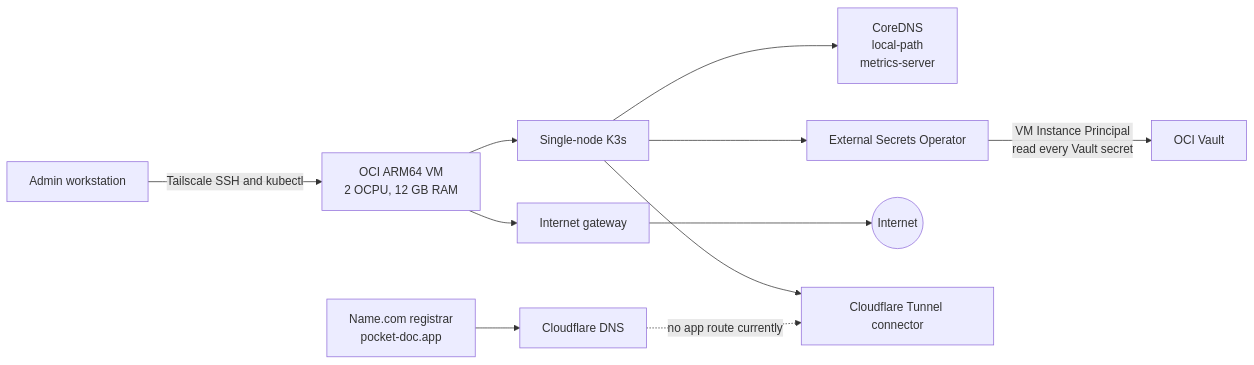
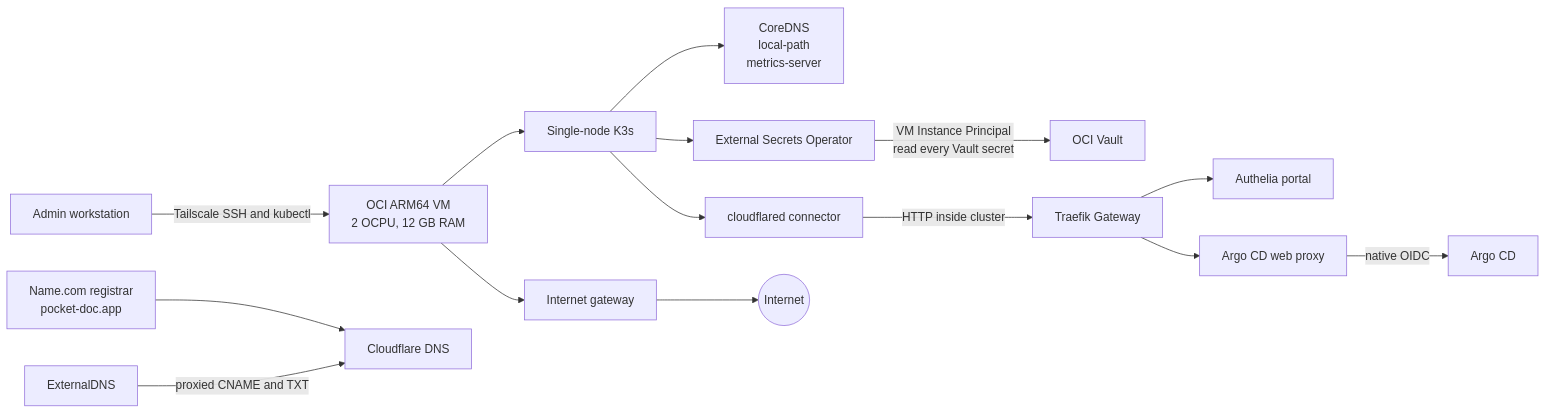
One commit to Disease-Prediction-ASET26/disease-prediction-infra changed the third of 3 diagrams in README.md. Above: the diagram before and after it, drawn with Mermaid. The commit also changed other lines of this file and 1 other file, not shown here.

````diff
--- a/README.md
+++ b/README.md
@@ -121,11 +123,15 @@
 ```mermaid
 flowchart LR
   admin[Admin workstation] -->|Tailscale SSH and kubectl| vm[OCI ARM64 VM<br/>2 OCPU, 12 GB RAM]
   vm --> cluster[Single-node K3s] --> pods[CoreDNS<br/>local-path<br/>metrics-server]
   cluster --> eso[External Secrets Operator]
   eso -->|VM Instance Principal<br/>read every Vault secret| vault[OCI Vault]
   vm --> gateway[Internet gateway] --> internet((Internet))
-  cluster --> tunnel[Cloudflare Tunnel connector]
   domain[Name.com registrar<br/>pocket-doc.app] --> dns[Cloudflare DNS]
-  dns -. no app route currently .-> tunnel
+  extdns[ExternalDNS] -->|proxied CNAME and TXT| dns
+  cluster --> tunnel[cloudflared connector]
+  tunnel -->|HTTP inside cluster| traefik[Traefik Gateway]
+  traefik --> auth[Authelia portal]
+  traefik --> proxy[Argo CD web proxy]
+  proxy -->|native OIDC| argocd[Argo CD]
 ```
````
